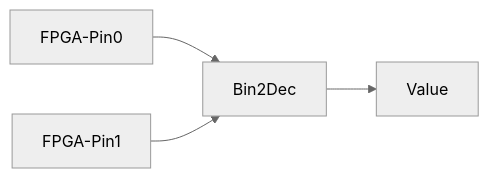
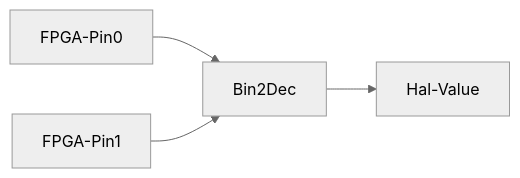
The diagram in riocore/plugins/binin/README.md (multigcs/riocore), drawn with Mermaid (neutral theme) before and after one commit. The commit also changed 1 other file, not shown here.

````diff
--- a/riocore/plugins/binin/README.md
+++ b/riocore/plugins/binin/README.md
@@ -5,6 +5,6 @@
 ```mermaid
 graph LR;
     FPGA-Pin0-->Bin2Dec;
     FPGA-Pin1-->Bin2Dec;
-    Bin2Dec-->Value;
+    Bin2Dec-->Hal-Value;
 ```
````
